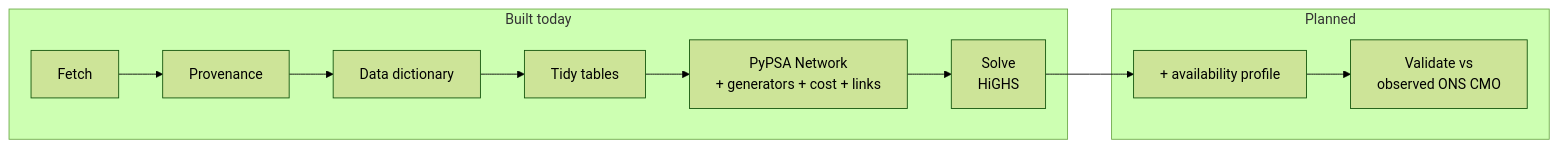
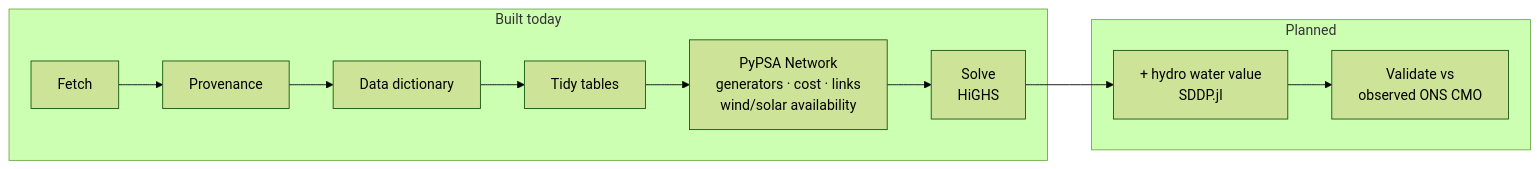
The second of 12 diagrams in docs/STACK.md (leonardovbonatto/pypsa-meets-brazil), drawn with Mermaid (forest theme) before and after one commit. The commit also changed other lines of this file and 9 other files, not shown here.

````diff
--- a/docs/STACK.md
+++ b/docs/STACK.md
@@ -80,14 +82,14 @@
 ```mermaid
 flowchart LR
     subgraph BUILT["Built today"]
         A["Fetch"] --> B["Provenance"]
         B --> C["Data dictionary"]
         C --> D["Tidy tables"]
-        D --> E["PyPSA Network<br/>+ generators + cost + links"]
+        D --> E["PyPSA Network<br/>generators · cost · links<br/>wind/solar availability"]
         E --> S["Solve<br/>HiGHS"]
     end
     subgraph PLANNED["Planned"]
-        F["+ availability profile"] --> G["Validate vs<br/>observed ONS CMO"]
+        F["+ hydro water value<br/>SDDP.jl"] --> G["Validate vs<br/>observed ONS CMO"]
     end
     S --> F
 ```
````
